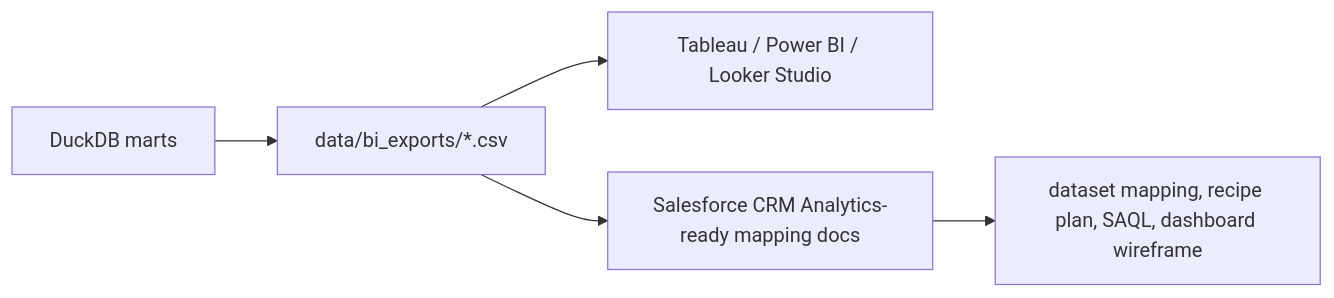
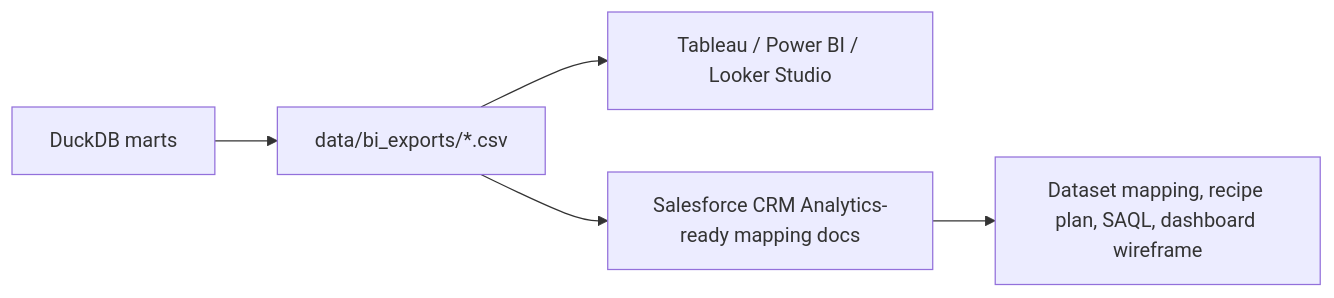
The third of 3 diagrams in README.md (bbfosho0/Customer-Success-Analytics-Command-Center), drawn with Mermaid before and after one commit. The commit also changed other lines of this file, not shown here.

````diff
--- a/README.md
+++ b/README.md
@@ -55,7 +61,7 @@
 ```mermaid
 flowchart LR
     A[DuckDB marts] --> B[data/bi_exports/*.csv]
     B --> C[Tableau / Power BI / Looker Studio]
     B --> D[Salesforce CRM Analytics-ready mapping docs]
-    D --> E[dataset mapping, recipe plan, SAQL, dashboard wireframe]
+    D --> E[Dataset mapping, recipe plan, SAQL, dashboard wireframe]
 ```
````
